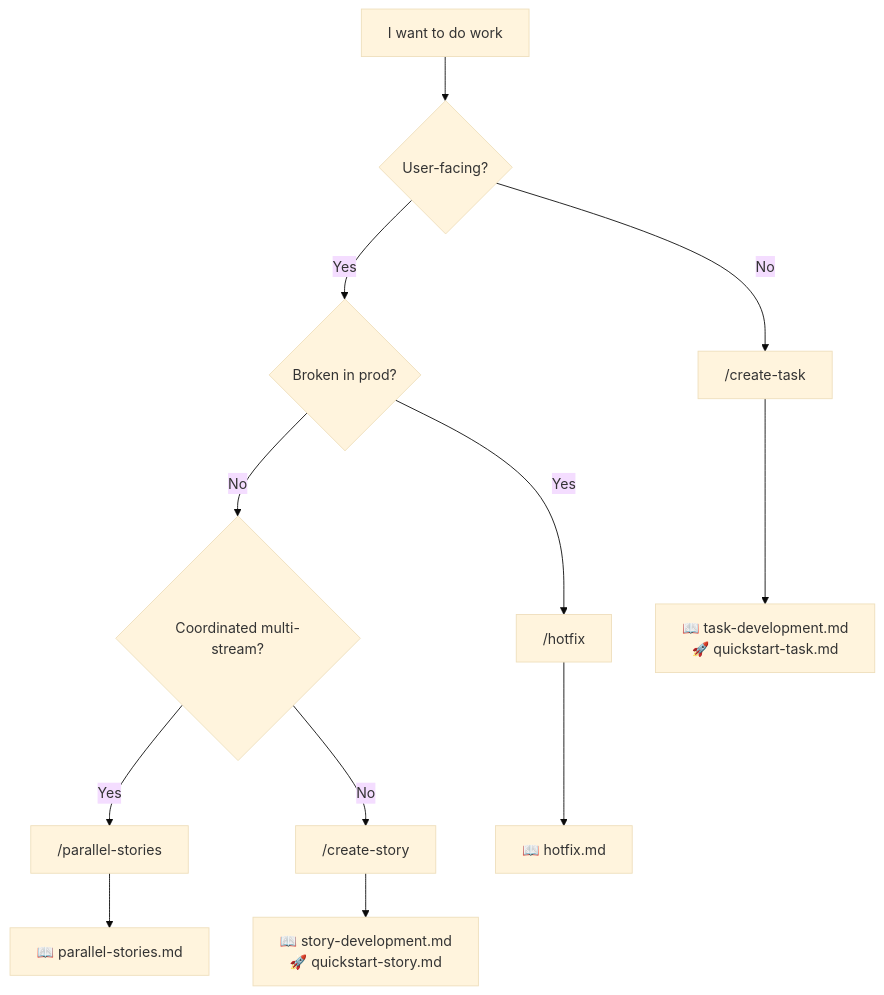
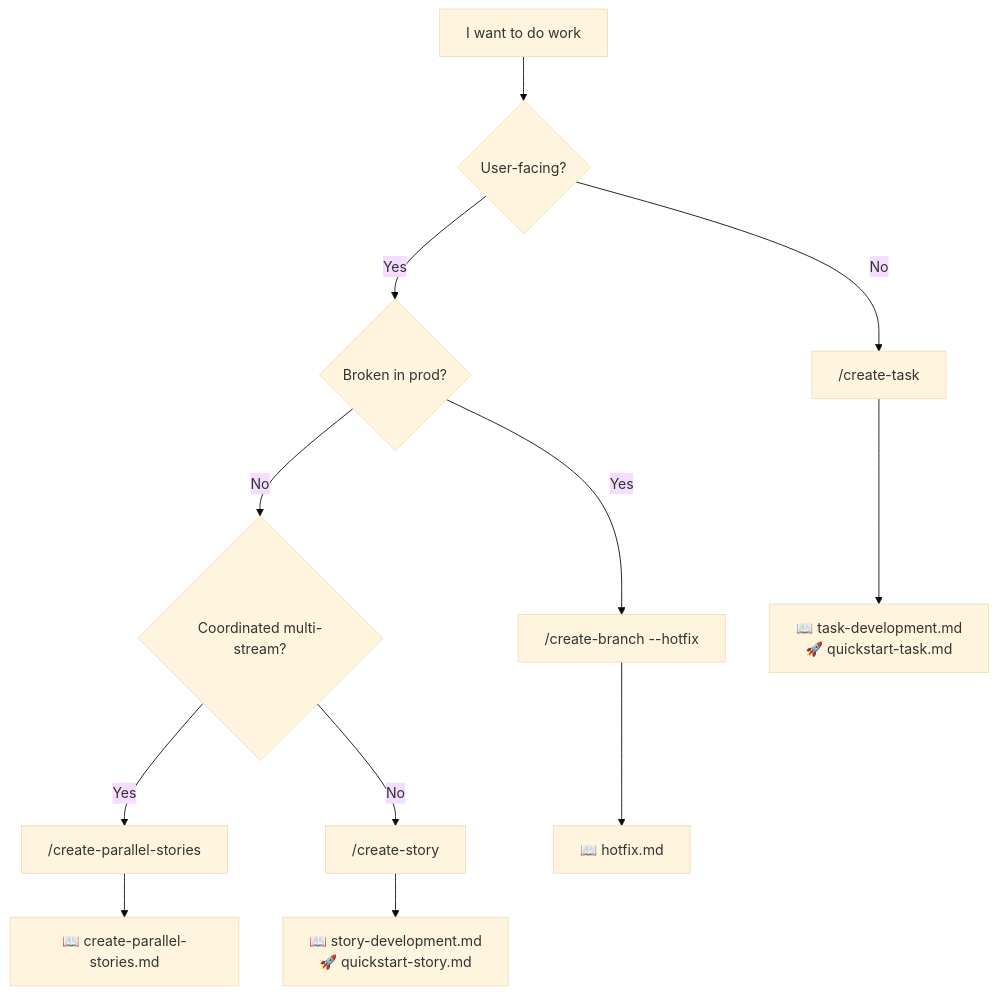
The diagram in docs/prd/onboarding/epics/epic.1.quickstart-and-decision-tree-entry-point/stories/story.1.3.decision-tree-which-path/story.1.3.plan.decision-tree-which-path.md (Gamaroff/agent-skills), drawn with Mermaid (base theme) before and after one commit. The commit also changed other lines of this file and 27 other files, not shown here.

First line of the commit message:
refactor(skills): rename parallel-stories → create-parallel-stories

````diff
--- a/docs/prd/onboarding/epics/epic.1.quickstart-and-decision-tree-entry-point/stories/story.1.3.decision-tree-which-path/story.1.3.plan.decision-tree-which-path.md
+++ b/docs/prd/onboarding/epics/epic.1.quickstart-and-decision-tree-entry-point/stories/story.1.3.decision-tree-which-path/story.1.3.plan.decision-tree-which-path.md
@@ -53,15 +53,15 @@
 ```mermaid
 flowchart TD
     Start[I want to do work] --> Q1{User-facing?}
     Q1 -->|No| Task["/create-task"]
     Q1 -->|Yes| Q2{Broken in prod?}
-    Q2 -->|Yes| Hotfix["/hotfix"]
+    Q2 -->|Yes| Hotfix["/create-branch --hotfix"]
     Q2 -->|No| Q3{Coordinated multi-stream?}
-    Q3 -->|Yes| Parallel["/parallel-stories"]
+    Q3 -->|Yes| Parallel["/create-parallel-stories"]
     Q3 -->|No| Story["/create-story"]
 
     Task --> TaskLinks["📖 task-development.md<br/>🚀 quickstart-task.md"]
     Story --> StoryLinks["📖 story-development.md<br/>🚀 quickstart-story.md"]
     Hotfix --> HotfixLinks["📖 hotfix.md"]
-    Parallel --> ParallelLinks["📖 parallel-stories.md"]
+    Parallel --> ParallelLinks["📖 create-parallel-stories.md"]
 ```
````
